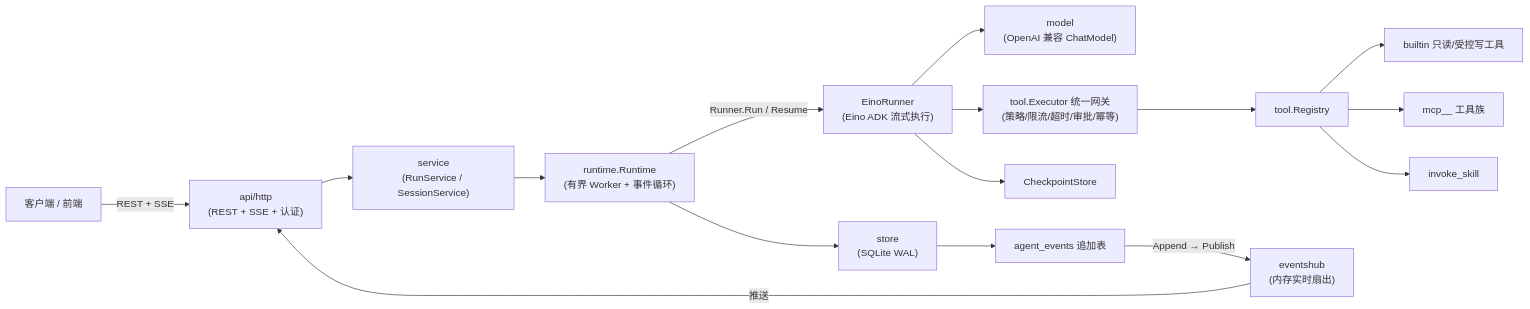
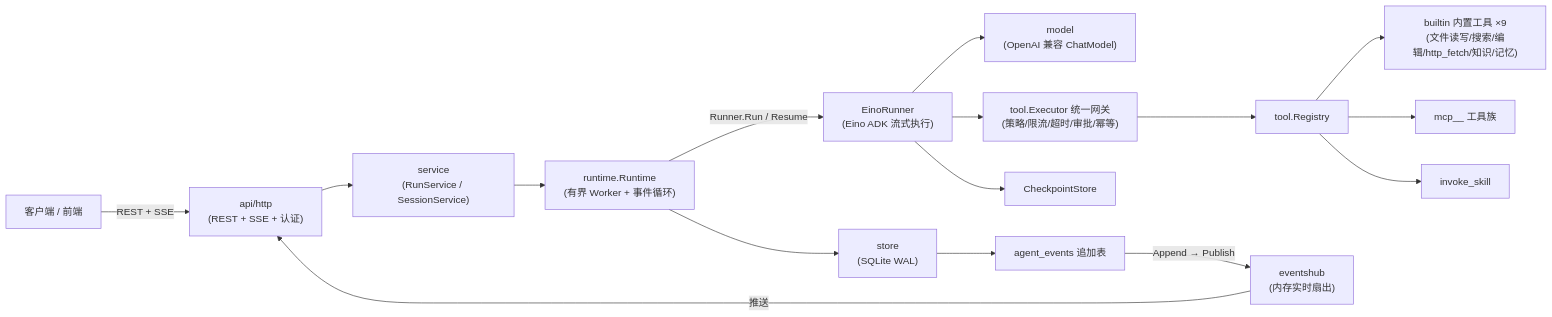
Before and after one commit to quintin-lee/rivus-agent: the first of 2 diagrams in docs/architecture/overview.md, drawn with Mermaid. The commit also changed other lines of this file and 1 other file, not shown here.

Commit message:
docs(architecture): cover rounds 3-9 in overview (tools/memory/sub-agents/mcp self-heal/security/observability/buildinfo) zh+en

````diff
--- a/docs/architecture/overview.md
+++ b/docs/architecture/overview.md
@@ -7,18 +7,18 @@
 ```mermaid
 graph LR
     Client[客户端 / 前端] -->|REST + SSE| API["api/http<br/>(REST + SSE + 认证)"]
     API --> SVC["service<br/>(RunService / SessionService)"]
     SVC --> RT["runtime.Runtime<br/>(有界 Worker + 事件循环)"]
     RT -->|"Runner.Run / Resume"| ER["EinoRunner<br/>(Eino ADK 流式执行)"]
     ER --> Model["model<br/>(OpenAI 兼容 ChatModel)"]
     ER --> GW["tool.Executor 统一网关<br/>(策略/限流/超时/审批/幂等)"]
     GW --> REG["tool.Registry"]
-    REG --> Builtin["builtin 只读/受控写工具"]
+    REG --> Builtin["builtin 内置工具 ×9<br/>(文件读写/搜索/编辑/http_fetch/知识/记忆)"]
     REG --> MCP["mcp__ 工具族"]
     REG --> Skill["invoke_skill"]
     RT --> Store["store<br/>(SQLite WAL)"]
     ER --> CPS["CheckpointStore"]
     Store --> EV["agent_events 追加表"]
     EV -->|Append → Publish| Hub["eventshub<br/>(内存实时扇出)"]
     Hub -->|推送| API
 ```
````
